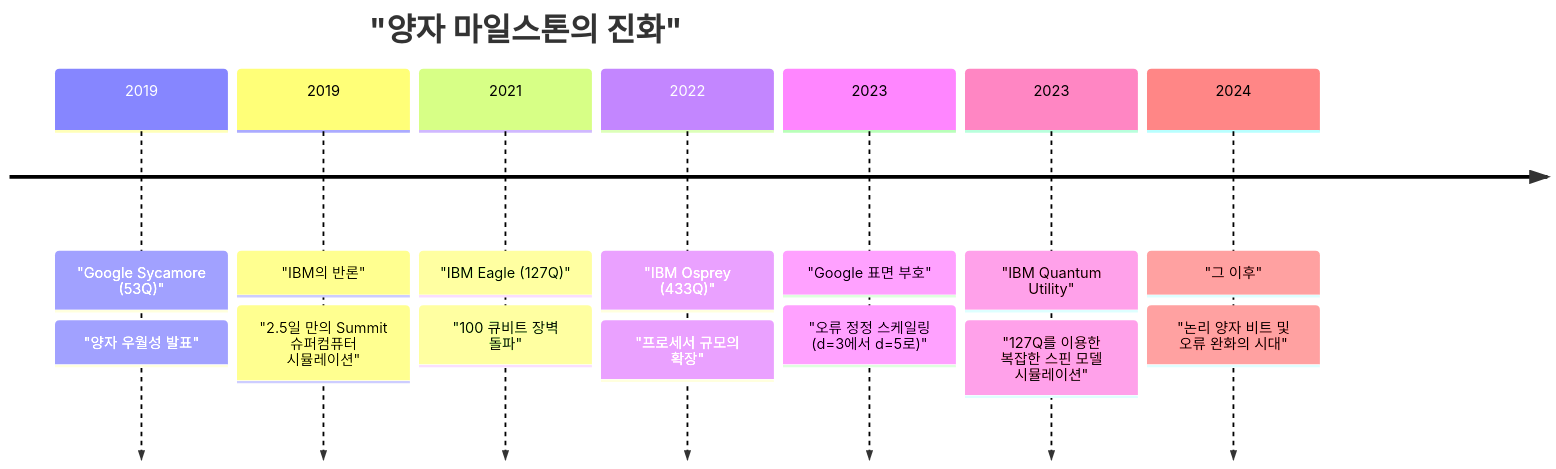
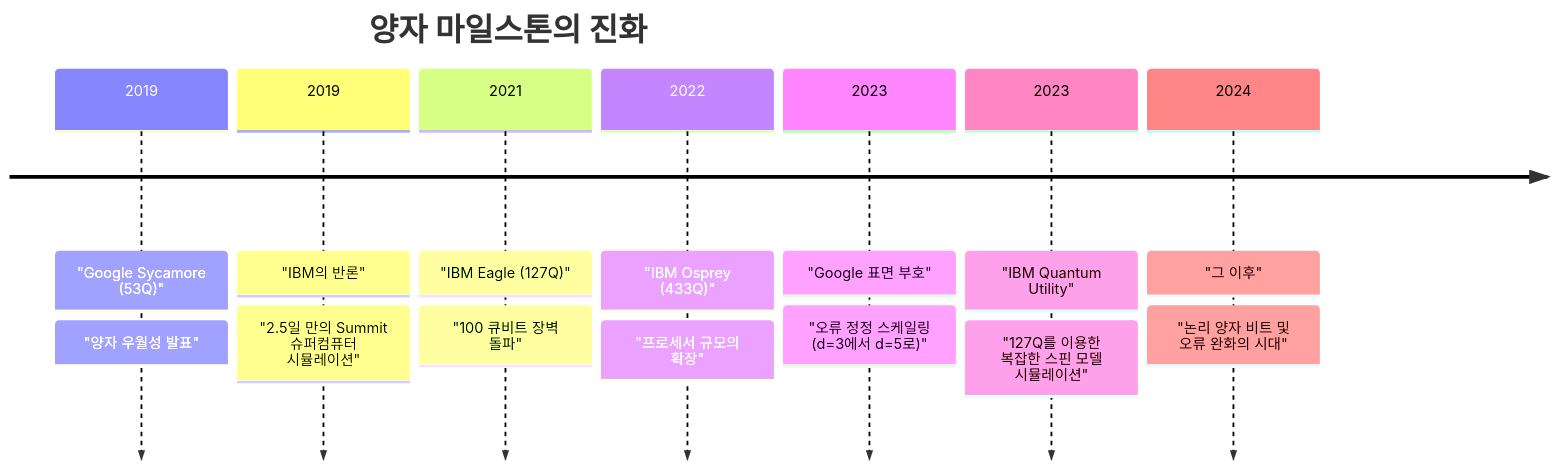
The second of 3 diagrams in content/post/量子超越性とは何か/index.ko.md (kenjinote/blog), drawn with Mermaid before and after one commit. The commit also changed other lines of this file and 703 other files, not shown here.

Commit message:
Fix: Remove quotes from Mermaid link texts and timeline definitions to support Mermaid 11.4.1

````diff
--- a/content/post/量子超越性とは何か/index.ko.md
+++ b/content/post/量子超越性とは何か/index.ko.md
@@ -114,11 +114,11 @@
 ```mermaid
 timeline
-    title "양자 마일스톤의 진화"
+    title 양자 마일스톤의 진화
     2019 : "Google Sycamore (53Q)" : "양자 우월성 발표"
     2019 : "IBM의 반론" : "2.5일 만의 Summit 슈퍼컴퓨터 시뮬레이션"
     2021 : "IBM Eagle (127Q)" : "100 큐비트 장벽 돌파"
     2022 : "IBM Osprey (433Q)" : "프로세서 규모의 확장"
     2023 : "Google 표면 부호" : "오류 정정 스케일링 (d=3에서 d=5로)"
     2023 : "IBM Quantum Utility" : "127Q를 이용한 복잡한 스핀 모델 시뮬레이션"
     2024 : "그 이후" : "논리 양자 비트 및 오류 완화의 시대"
 ```
````
